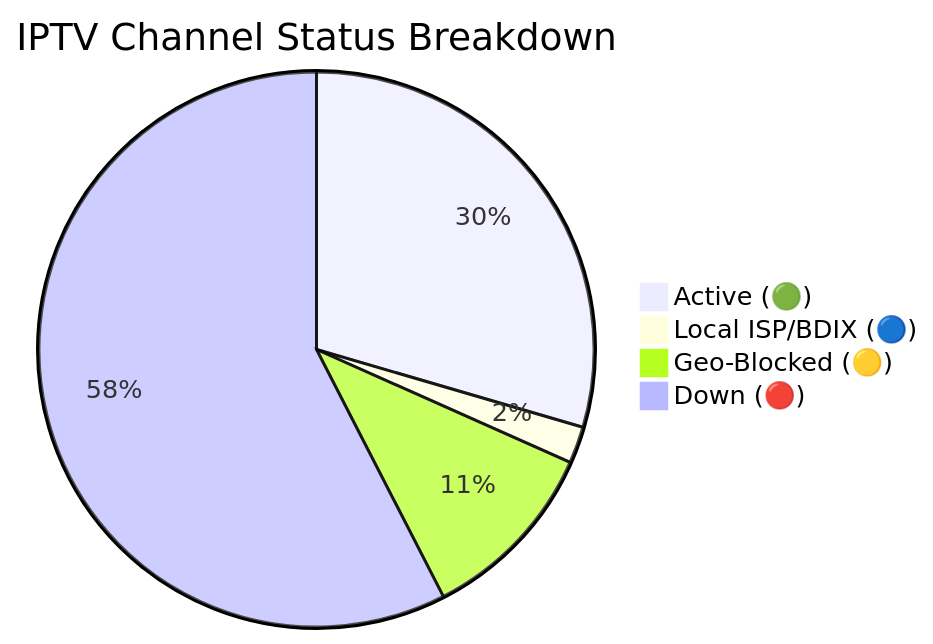
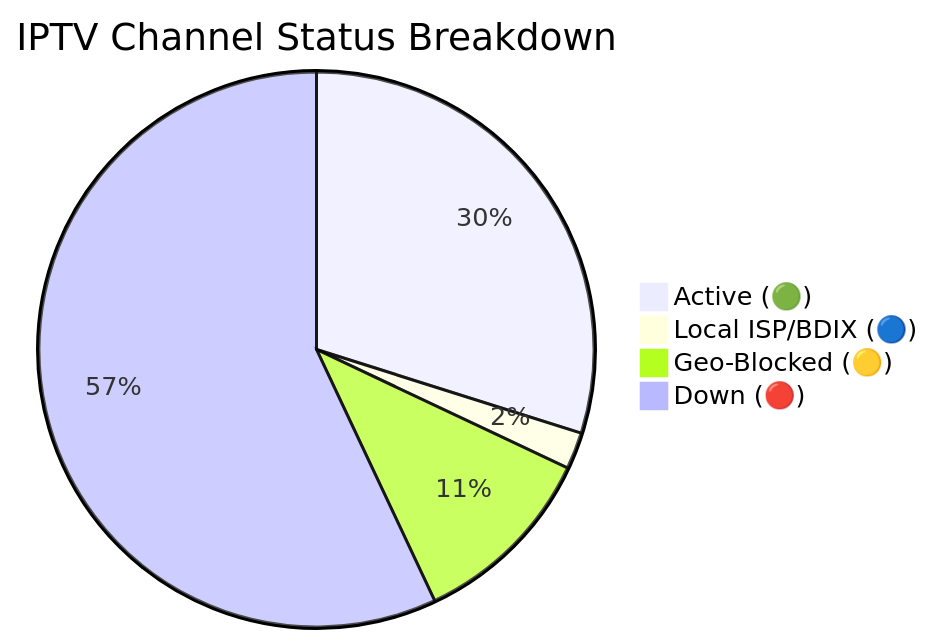
The diagram in README.md (andreataylord/Ip-tv-Collection), drawn with Mermaid before and after one commit. The commit also changed other lines of this file and 1 other file, not shown here.

Commit message:
docs(readme): auto-update daily channel status chart

````diff
--- a/README.md
+++ b/README.md
@@ -59,7 +59,7 @@
 ```mermaid
 pie title IPTV Channel Status Breakdown
-    "Active (🟢)" : 1763
+    "Active (🟢)" : 1784
     "Local ISP/BDIX (🔵)" : 128
-    "Geo-Blocked (🟡)" : 644
-    "Down (🔴)" : 3437
+    "Geo-Blocked (🟡)" : 656
+    "Down (🔴)" : 3404
 ```
````
